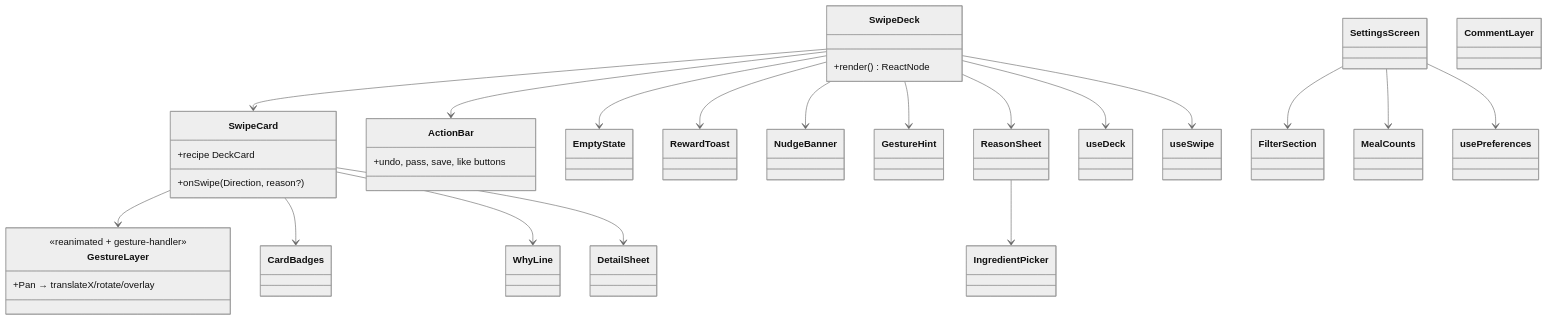
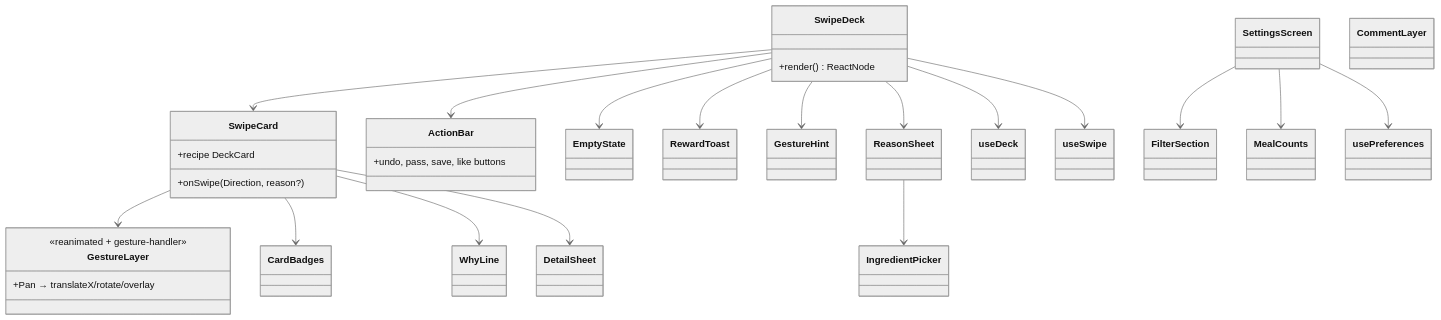
Before and after one commit to jordangaston/harvest: the eighth of 8 diagrams in docs/swipe-ui/DESIGN.md, drawn with Mermaid (neutral theme). The commit also changed other lines of this file, not shown here.

First line of the commit message:
docs(swipe-ui): drop the return-nudge — week planning is automatic (D-13)

```diff
--- a/docs/swipe-ui/DESIGN.md
+++ b/docs/swipe-ui/DESIGN.md
@@ -391,51 +392,49 @@
 ~~~mermaid
 classDiagram
     class SwipeDeck {
         +render() ReactNode
     }
     class SwipeCard {
         +recipe DeckCard
         +onSwipe(Direction, reason?)
     }
     class GestureLayer {
         <<reanimated + gesture-handler>>
         +Pan → translateX/rotate/overlay
     }
     class CardBadges
     class WhyLine
     class DetailSheet
     class ReasonSheet
     class IngredientPicker
     class ActionBar {
         +undo, pass, save, like buttons
     }
     class EmptyState
     class RewardToast
-    class NudgeBanner
     class GestureHint
     class SettingsScreen
     class FilterSection
     class MealCounts
     class CommentLayer
     class useDeck
     class useSwipe
     class usePreferences
 
     SwipeDeck --> SwipeCard
     SwipeDeck --> ActionBar
     SwipeDeck --> EmptyState
     SwipeDeck --> RewardToast
-    SwipeDeck --> NudgeBanner
     SwipeDeck --> GestureHint
     SwipeCard --> GestureLayer
     SwipeCard --> CardBadges
     SwipeCard --> WhyLine
     SwipeCard --> DetailSheet
     SwipeDeck --> ReasonSheet
     ReasonSheet --> IngredientPicker
     SwipeDeck --> useDeck
     SwipeDeck --> useSwipe
     SettingsScreen --> FilterSection
     SettingsScreen --> MealCounts
     SettingsScreen --> usePreferences
 ~~~
```
